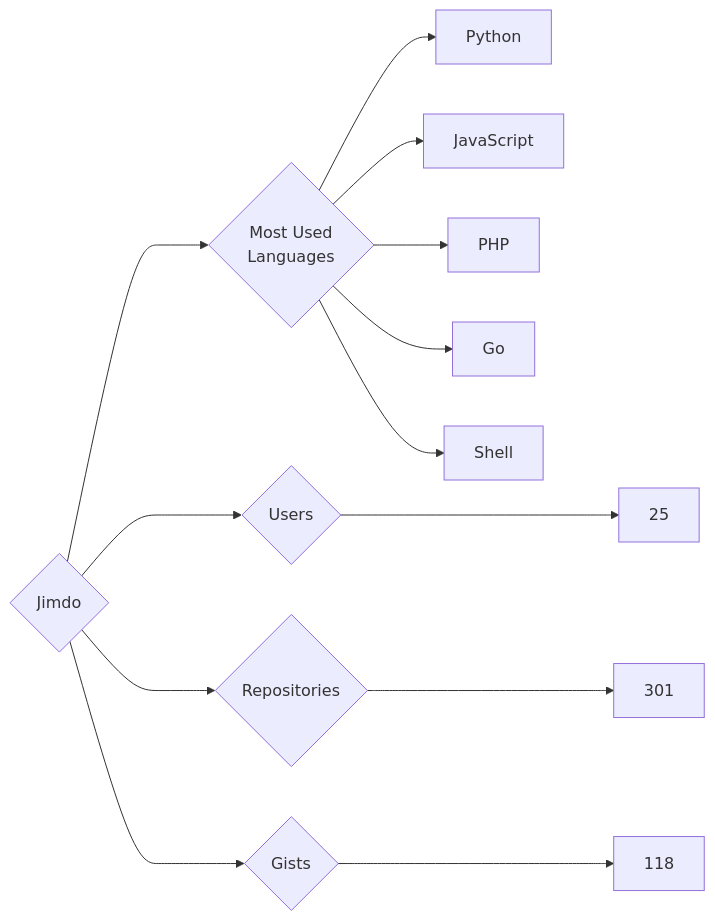
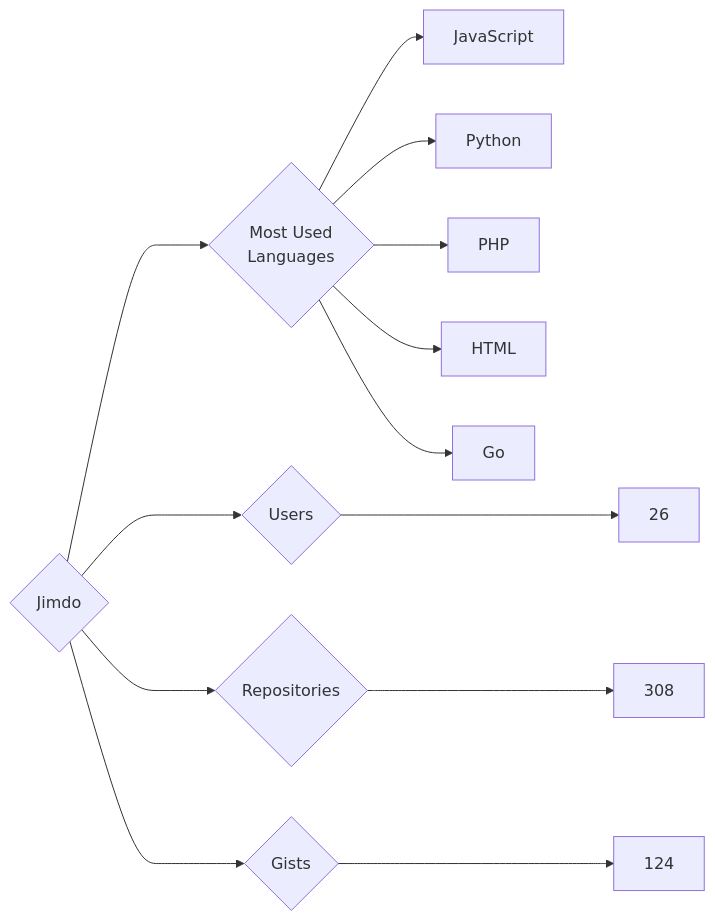
The diagram in targets/Jimdo/README.md (trickest/insiders), drawn with Mermaid before and after one commit. The commit also changed 914 other files, not shown here.

````diff
--- a/targets/Jimdo/README.md
+++ b/targets/Jimdo/README.md
@@ -3,13 +3,13 @@
 ```mermaid
 graph LR
 COMPANY_NAME{Jimdo}
-COMPANY_NAME ---> U{Users} ---> UN[25]
-COMPANY_NAME ---> R{Repositories} ---> RN[301]
-COMPANY_NAME ---> G{Gists} ---> GN[118]
+COMPANY_NAME ---> U{Users} ---> UN[26]
+COMPANY_NAME ---> R{Repositories} ---> RN[308]
+COMPANY_NAME ---> G{Gists} ---> GN[124]
 COMPANY_NAME ---> ML{Most Used<br>Languages}
+ML --> JavaScript[JavaScript]
 ML --> Python[Python]
-ML --> JavaScript[JavaScript]
 ML --> PHP[PHP]
+ML --> HTML[HTML]
 ML --> Go[Go]
-ML --> Shell[Shell]
 ```
````
